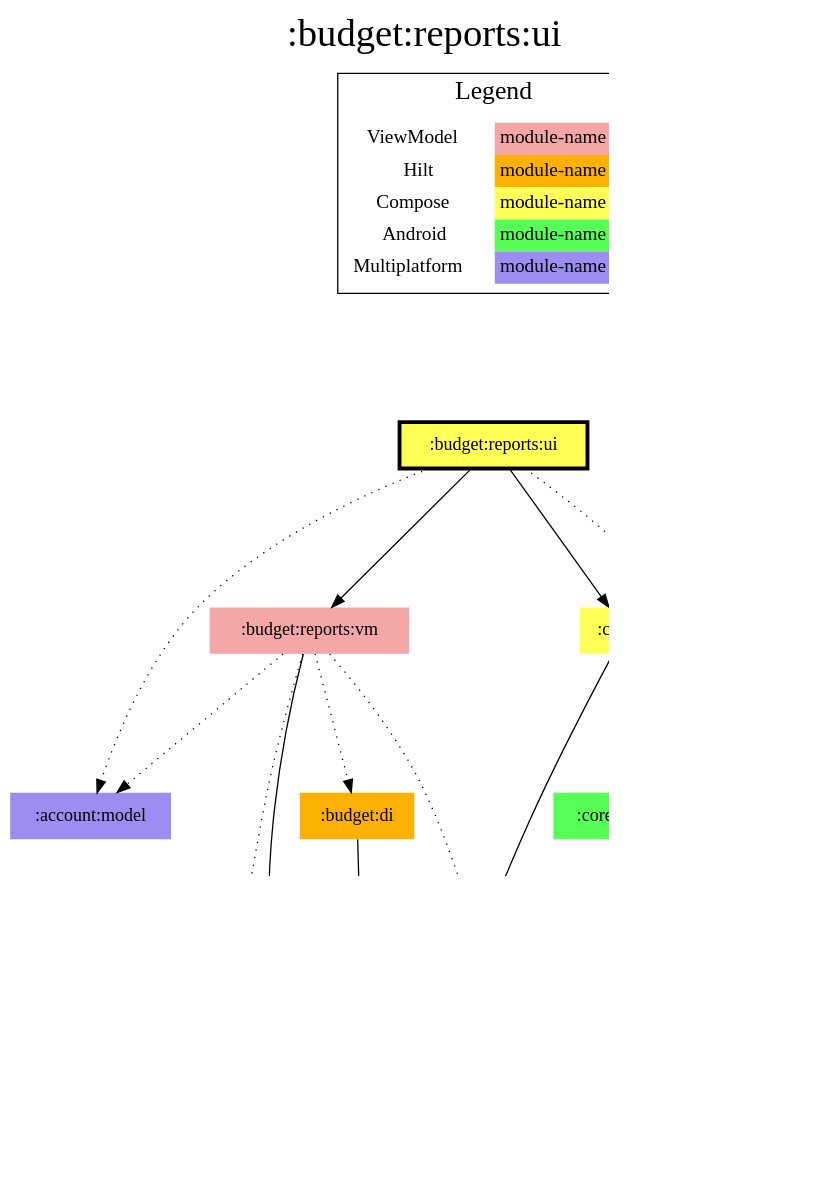
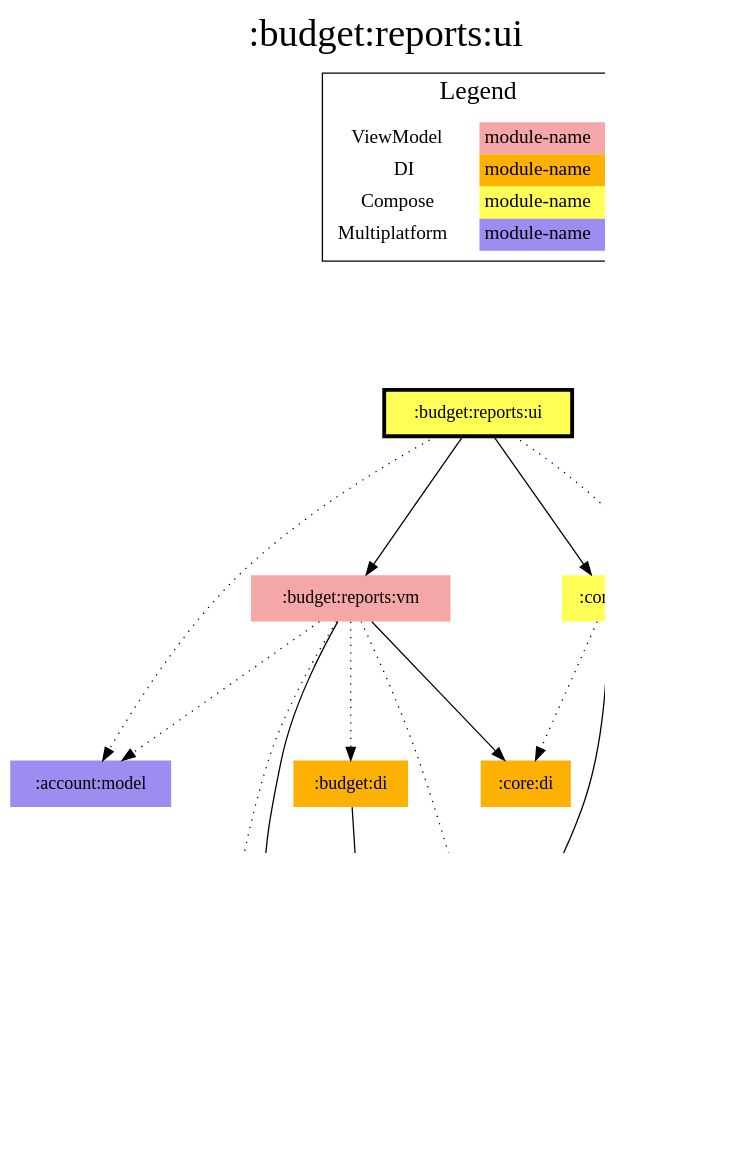
One commit to jonapoul/aktual changed the diagram in modules/budget/reports/ui/modules.dot. Above: the diagram before and after it, drawn with Graphviz. The commit also changed 647 other files, not shown here.

```diff
--- a/modules/budget/reports/ui/modules.dot
+++ b/modules/budget/reports/ui/modules.dot
@@ -1,51 +1,51 @@
 digraph {
 edge ["dir"="forward"]
 graph ["dpi"="100","label"=":budget:reports:ui","labelloc"="t","fontsize"="30","ranksep"="1.5","rankdir"="TB"]
 node ["style"="filled"]
 ":account:model" ["fillcolor"="#9D8DF1","shape"="none"]
 ":budget:data" ["fillcolor"="#9D8DF1","shape"="none"]
 ":budget:di" ["fillcolor"="#FCB103","shape"="none"]
 ":budget:model" ["fillcolor"="#9D8DF1","shape"="none"]
 ":budget:reports:ui" ["fillcolor"="#FFFF55","color"="black","penwidth"="3","shape"="box"]
 ":budget:reports:vm" ["fillcolor"="#F5A6A6","shape"="none"]
-":core:android" ["fillcolor"="#55FF55","shape"="none"]
+":core:di" ["fillcolor"="#FCB103","shape"="none"]
 ":core:model" ["fillcolor"="#9D8DF1","shape"="none"]
 ":core:ui" ["fillcolor"="#FFFF55","shape"="none"]
 ":l10n" ["fillcolor"="#9D8DF1","shape"="none"]
 ":logging" ["fillcolor"="#9D8DF1","shape"="none"]
 {
 edge ["dir"="none"]
 graph ["rank"="same"]
 ":budget:reports:ui"
 }
 ":budget:data" -> ":budget:model"
 ":budget:data" -> ":core:model"
 ":budget:data" -> ":logging" ["style"="dotted"]
 ":budget:di" -> ":budget:data"
 ":budget:reports:ui" -> ":account:model" ["style"="dotted"]
 ":budget:reports:ui" -> ":budget:reports:vm"
 ":budget:reports:ui" -> ":core:ui"
 ":budget:reports:ui" -> ":l10n" ["style"="dotted"]
 ":budget:reports:vm" -> ":account:model" ["style"="dotted"]
 ":budget:reports:vm" -> ":budget:di" ["style"="dotted"]
 ":budget:reports:vm" -> ":budget:model"
+":budget:reports:vm" -> ":core:di"
 ":budget:reports:vm" -> ":core:model" ["style"="dotted"]
 ":budget:reports:vm" -> ":logging" ["style"="dotted"]
 ":core:ui" -> ":budget:model"
-":core:ui" -> ":core:android" ["style"="dotted"]
+":core:ui" -> ":core:di" ["style"="dotted"]
 ":core:ui" -> ":core:model"
 ":core:ui" -> ":l10n" ["style"="dotted"]
 subgraph "cluster_legend" {
 edge ["dir"="none"]
 graph ["label"="Legend","fontsize"="20"]
 "Legend" ["style"="filled","fillcolor"="#FFFFFF","shape"="none","margin"="0","fontsize"="15","label"=<
 <TABLE BORDER="0" CELLBORDER="0" CELLSPACING="0" CELLPADDING="4">
 <TR><TD>ViewModel</TD><TD BGCOLOR="#F5A6A6">module-name</TD></TR>
-<TR><TD>Hilt</TD><TD BGCOLOR="#FCB103">module-name</TD></TR>
+<TR><TD>DI</TD><TD BGCOLOR="#FCB103">module-name</TD></TR>
 <TR><TD>Compose</TD><TD BGCOLOR="#FFFF55">module-name</TD></TR>
-<TR><TD>Android</TD><TD BGCOLOR="#55FF55">module-name</TD></TR>
 <TR><TD>Multiplatform</TD><TD BGCOLOR="#9D8DF1">module-name</TD></TR>
 </TABLE>
 >]
 } -> ":budget:reports:ui" ["style"="invis"]
 }
```
